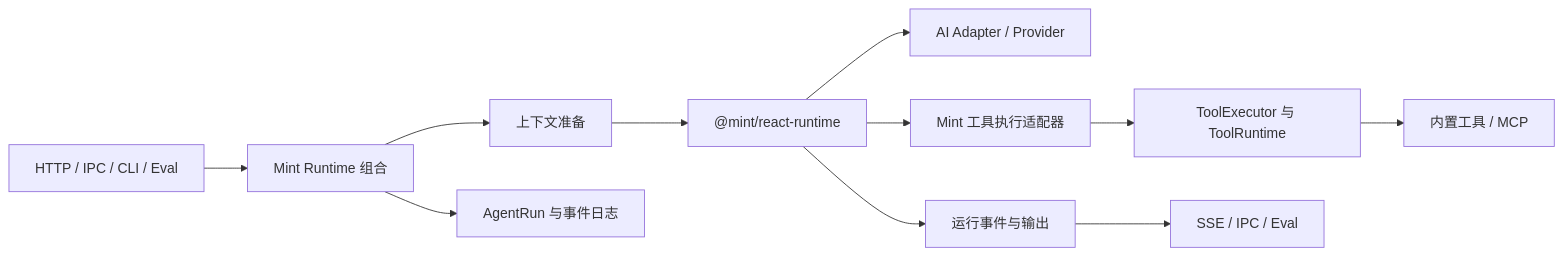
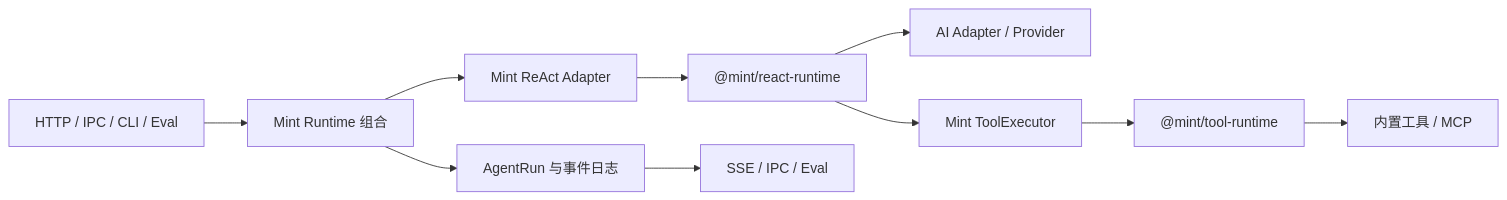
The diagram in README.md (dingw530/mint-llm-wiki), drawn with Mermaid before and after one commit. The commit also changed other lines of this file and 1 other file, not shown here.

````diff
--- a/README.md
+++ b/README.md
@@ -149,13 +141,12 @@
 ```mermaid
 flowchart LR
-  Request["HTTP / IPC / CLI / Eval"] --> Host["Mint Runtime 组合"]
-  Host --> Context["上下文准备"]
-  Context --> Core["@mint/react-runtime"]
+  Caller["HTTP / IPC / CLI / Eval"] --> Host["Mint Runtime 组合"]
+  Host --> Adapter["Mint ReAct Adapter"]
+  Adapter --> Core["@mint/react-runtime"]
   Core --> Model["AI Adapter / Provider"]
-  Core --> ToolPort["Mint 工具执行适配器"]
-  ToolPort --> Guard["ToolExecutor 与 ToolRuntime"]
-  Guard --> Tool["内置工具 / MCP"]
+  Core --> Executor["Mint ToolExecutor"]
+  Executor --> ToolRuntime["@mint/tool-runtime"]
+  ToolRuntime --> Tools["内置工具 / MCP"]
   Host --> Run["AgentRun 与事件日志"]
-  Core --> Events["运行事件与输出"]
-  Events --> Transport["SSE / IPC / Eval"]
+  Run --> Transport["SSE / IPC / Eval"]
 ```
````
